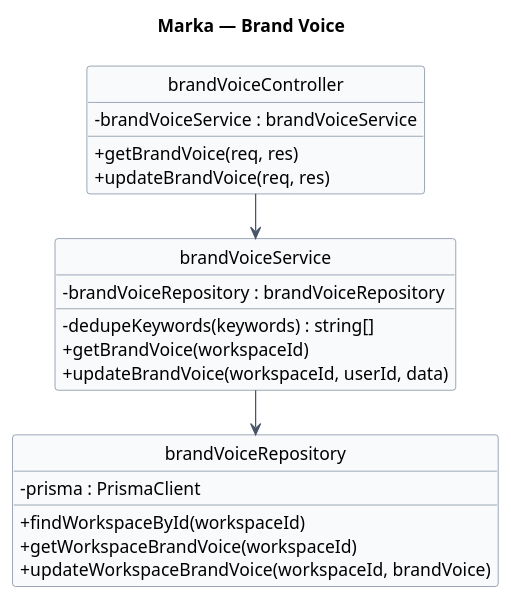
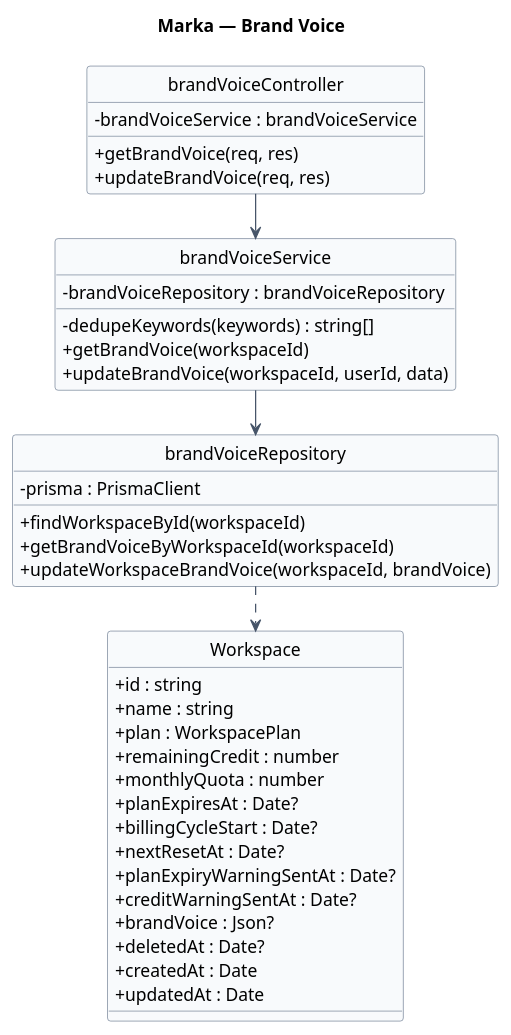
The diagram in docs/diagrams/03-brandvoice.puml (Pham-Hong-Ky/marka-capstone), drawn with PlantUML before and after one commit. The commit also changed 20 other files, not shown here.

```diff
--- a/docs/diagrams/03-brandvoice.puml
+++ b/docs/diagrams/03-brandvoice.puml
@@ -1,42 +1,60 @@
 @startuml 03-brandvoice
 hide circle
 hide stereotype
 !pragma layout smetana
 title Marka — Brand Voice
 
 skinparam classAttributeIconSize 0
 skinparam linetype ortho
 skinparam shadowing false
 skinparam defaultFontName Arial
-skinparam nodesep 30
+skinparam nodesep 40
 skinparam ranksep 50
 skinparam class {
   BackgroundColor #F8FAFC
   BorderColor #64748B
   ArrowColor #475569
+}
+
+class "Workspace" as Workspace {
+  + id : string
+  + name : string
+  + plan : WorkspacePlan
+  + remainingCredit : number
+  + monthlyQuota : number
+  + planExpiresAt : Date?
+  + billingCycleStart : Date?
+  + nextResetAt : Date?
+  + planExpiryWarningSentAt : Date?
+  + creditWarningSentAt : Date?
+  + brandVoice : Json?
+  + deletedAt : Date?
+  + createdAt : Date
+  + updatedAt : Date
 }
 
 class "brandVoiceController" as brandVoiceController {
   - brandVoiceService : brandVoiceService
   + getBrandVoice(req, res)
   + updateBrandVoice(req, res)
 }
 
 class "brandVoiceService" as brandVoiceService {
   - brandVoiceRepository : brandVoiceRepository
   - dedupeKeywords(keywords) : string[]
   + getBrandVoice(workspaceId)
   + updateBrandVoice(workspaceId, userId, data)
 }
 
 class "brandVoiceRepository" as brandVoiceRepository {
   - prisma : PrismaClient
   + findWorkspaceById(workspaceId)
-  + getWorkspaceBrandVoice(workspaceId)
+  + getBrandVoiceByWorkspaceId(workspaceId)
   + updateWorkspaceBrandVoice(workspaceId, brandVoice)
 }
 
 brandVoiceController --> brandVoiceService
 brandVoiceService --> brandVoiceRepository
+brandVoiceRepository ..> Workspace
 
 @enduml
```
